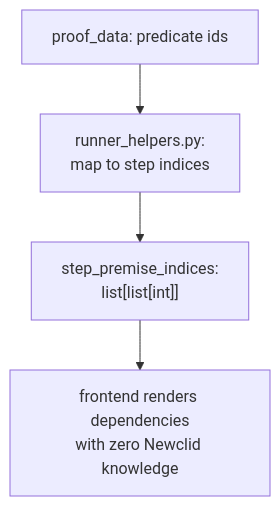
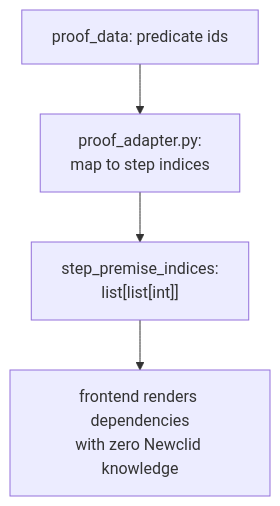
One commit to Newclid/Viewclid changed the diagram in docs/backend/guides/expose-new-proof-data.md. Above: the diagram before and after it, drawn with Mermaid. The commit also changed other lines of this file and 7 other files, not shown here.

Commit message:
docs: describe backend proof adapter ownership

````diff
--- a/docs/backend/guides/expose-new-proof-data.md
+++ b/docs/backend/guides/expose-new-proof-data.md
@@ -42,6 +45,6 @@
 ```mermaid
 flowchart TD
-    A["proof_data: predicate ids"] --> B["runner_helpers.py:<br/>map to step indices"]
+    A["proof_data: predicate ids"] --> B["proof_adapter.py:<br/>map to step indices"]
     B --> C["step_premise_indices:<br/>list[list[int]]"]
     C --> D["frontend renders dependencies<br/>with zero Newclid knowledge"]
 ```
````
